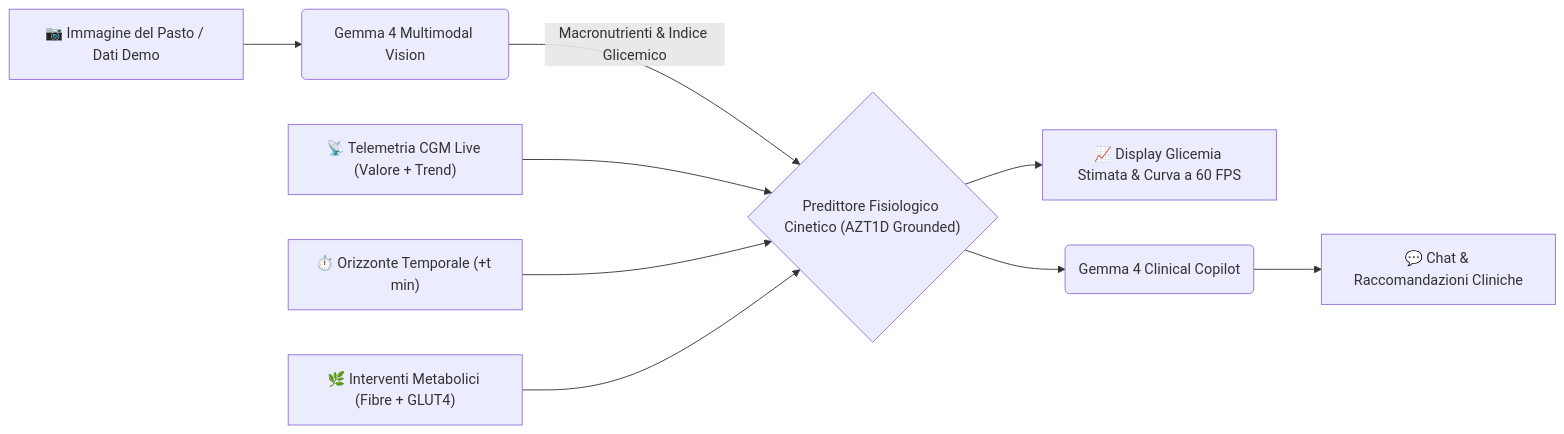
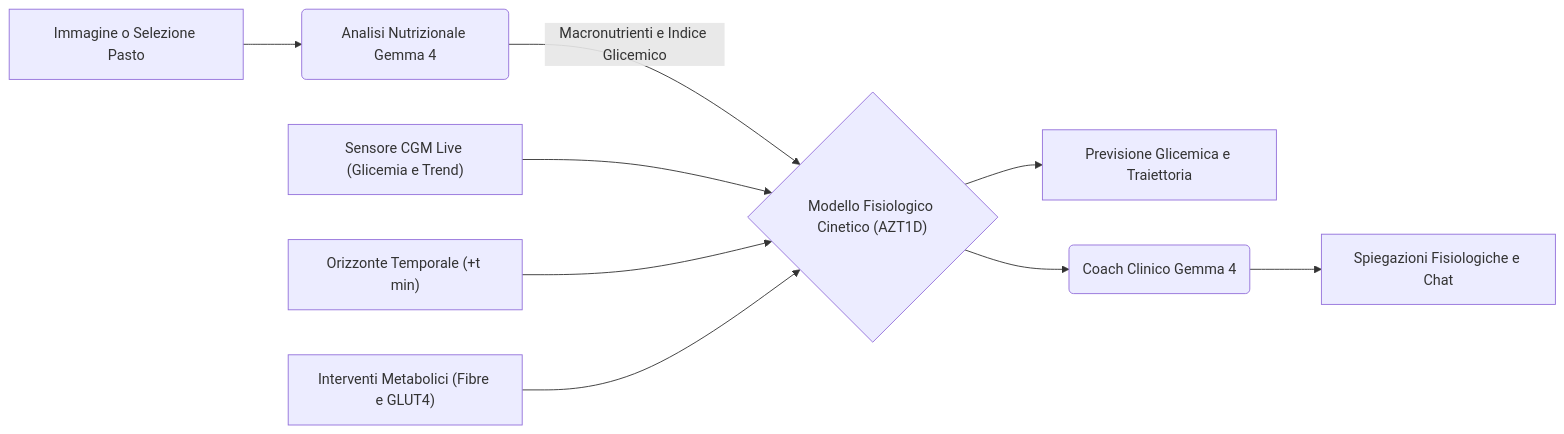
One commit to Andrea1141/hacktoberfest2026 changed the diagram in README.md. Above: the diagram before and after it, drawn with Mermaid. The commit also changed other lines of this file and 1 other file, not shown here.

````diff
--- a/README.md
+++ b/README.md
@@ -39,11 +42,11 @@
 ```mermaid
 graph LR
-    A["📷 Immagine del Pasto / Dati Demo"] --> B("Gemma 4 Multimodal Vision")
-    B -->|"Macronutrienti & Indice Glicemico"| C{"Predittore Fisiologico Cinetico (AZT1D Grounded)"}
-    D["📡 Telemetria CGM Live (Valore + Trend)"] --> C
-    E["⏱️ Orizzonte Temporale (+t min)"] --> C
-    F["🌿 Interventi Metabolici (Fibre + GLUT4)"] --> C
-    C --> G["📈 Display Glicemia Stimata & Curva a 60 FPS"]
-    C --> H("Gemma 4 Clinical Copilot")
-    H --> I["💬 Chat & Raccomandazioni Cliniche"]
+    A["Immagine o Selezione Pasto"] --> B("Analisi Nutrizionale Gemma 4")
+    B -->|"Macronutrienti e Indice Glicemico"| C{"Modello Fisiologico Cinetico (AZT1D)"}
+    D["Sensore CGM Live (Glicemia e Trend)"] --> C
+    E["Orizzonte Temporale (+t min)"] --> C
+    F["Interventi Metabolici (Fibre e GLUT4)"] --> C
+    C --> G["Previsione Glicemica e Traiettoria"]
+    C --> H("Coach Clinico Gemma 4")
+    H --> I["Spiegazioni Fisiologiche e Chat"]
 ```
````
